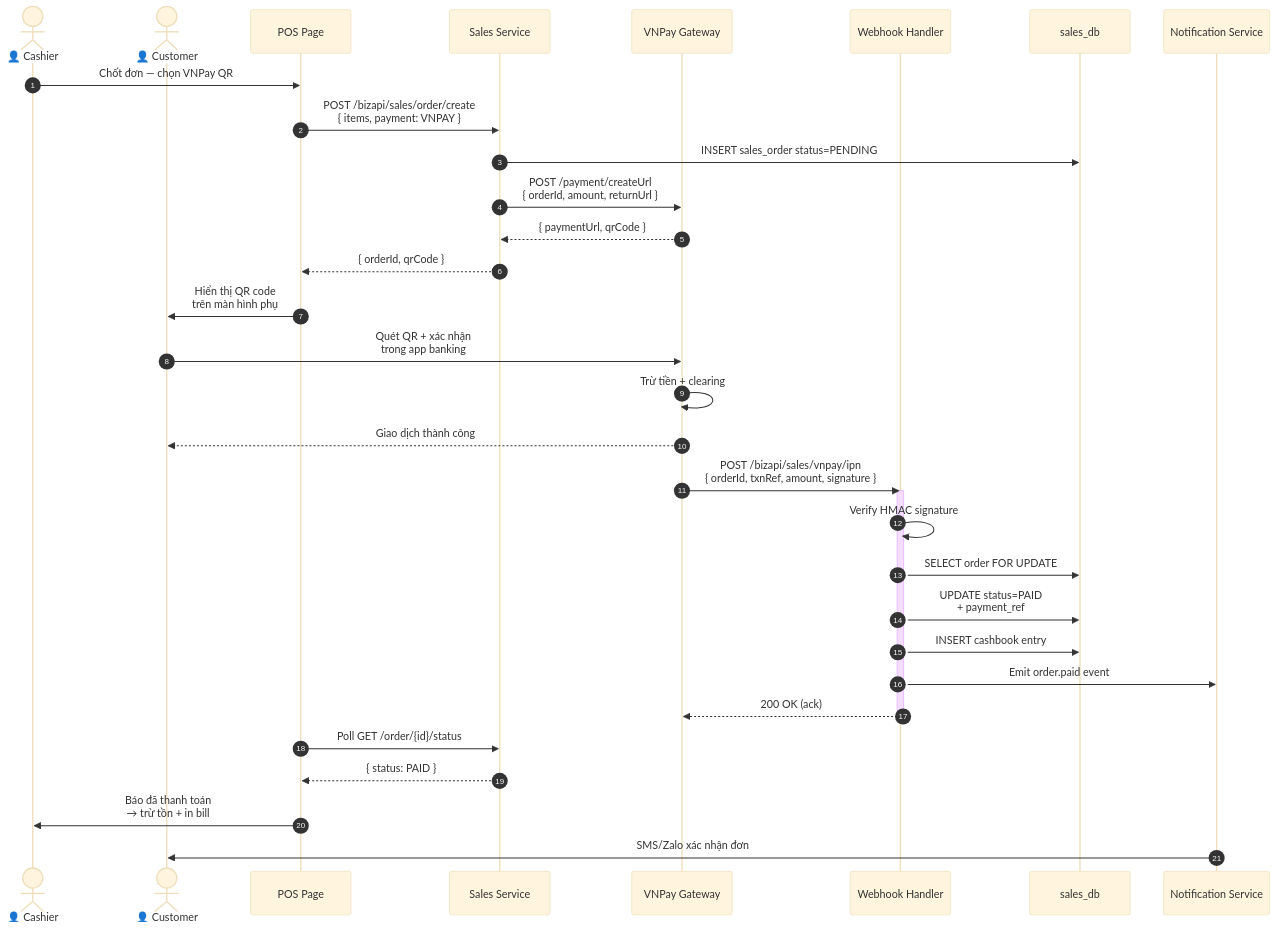
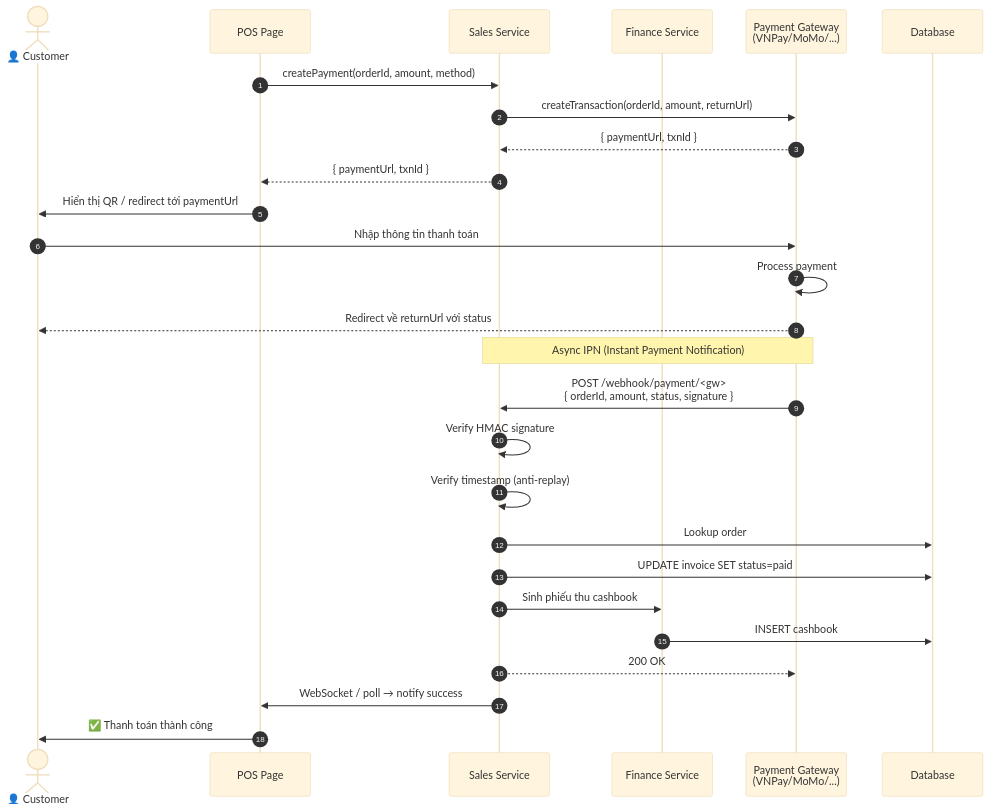
The diagram in docs/sa/diagrams/sources/16-sequence-payment.mmd (ducdung872001/cloud-crm), drawn with Mermaid before and after one commit. The commit also changed 1441 other files, not shown here.

```diff
--- a/docs/sa/diagrams/sources/16-sequence-payment.mmd
+++ b/docs/sa/diagrams/sources/16-sequence-payment.mmd
@@ -1,35 +1,30 @@
 %%{init: {'theme':'base','themeVariables':{'fontFamily':'Calibri','fontSize':'18px'}}}%%
 sequenceDiagram
     autonumber
-    actor CASH as 👤 Cashier
-    actor CUST as 👤 Customer
+    actor U as 👤 Customer
     participant POS as POS Page
     participant SS as Sales Service
-    participant VP as VNPay Gateway
-    participant WH as Webhook Handler
-    participant DB as sales_db
-    participant NS as Notification Service
+    participant FS as Finance Service
+    participant PG as Payment Gateway<br/>(VNPay/MoMo/...)
+    participant DB as Database
 
-    CASH->>POS: Chốt đơn — chọn VNPay QR
-    POS->>SS: POST /bizapi/sales/order/create<br/>{ items, payment: VNPAY }
-    SS->>DB: INSERT sales_order status=PENDING
-    SS->>VP: POST /payment/createUrl<br/>{ orderId, amount, returnUrl }
-    VP-->>SS: { paymentUrl, qrCode }
-    SS-->>POS: { orderId, qrCode }
-    POS->>CUST: Hiển thị QR code<br/>trên màn hình phụ
-    CUST->>VP: Quét QR + xác nhận<br/>trong app banking
-    VP->>VP: Trừ tiền + clearing
-    VP-->>CUST: Giao dịch thành công
-    VP->>WH: POST /bizapi/sales/vnpay/ipn<br/>{ orderId, txnRef, amount, signature }
-    activate WH
-    WH->>WH: Verify HMAC signature
-    WH->>DB: SELECT order FOR UPDATE
-    WH->>DB: UPDATE status=PAID<br/>+ payment_ref
-    WH->>DB: INSERT cashbook entry
-    WH->>NS: Emit order.paid event
-    WH-->>VP: 200 OK (ack)
-    deactivate WH
-    POS->>SS: Poll GET /order/{id}/status
-    SS-->>POS: { status: PAID }
-    POS->>CASH: Báo đã thanh toán<br/>→ trừ tồn + in bill
-    NS->>CUST: SMS/Zalo xác nhận đơn
+    POS->>SS: createPayment(orderId, amount, method)
+    SS->>PG: createTransaction(orderId, amount, returnUrl)
+    PG-->>SS: { paymentUrl, txnId }
+    SS-->>POS: { paymentUrl, txnId }
+    POS->>U: Hiển thị QR / redirect tới paymentUrl
+    U->>PG: Nhập thông tin thanh toán
+    PG->>PG: Process payment
+    PG-->>U: Redirect về returnUrl với status
+
+    Note over PG,SS: Async IPN (Instant Payment Notification)
+    PG->>SS: POST /webhook/payment/<gw><br/>{ orderId, amount, status, signature }
+    SS->>SS: Verify HMAC signature
+    SS->>SS: Verify timestamp (anti-replay)
+    SS->>DB: Lookup order
+    SS->>DB: UPDATE invoice SET status=paid
+    SS->>FS: Sinh phiếu thu cashbook
+    FS->>DB: INSERT cashbook
+    SS-->>PG: 200 OK
+    SS->>POS: WebSocket / poll → notify success
+    POS->>U: ✅ Thanh toán thành công
```
